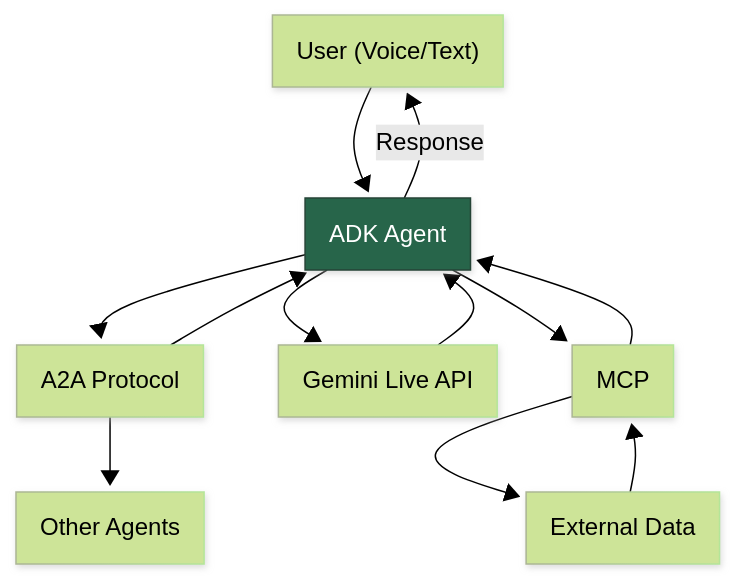
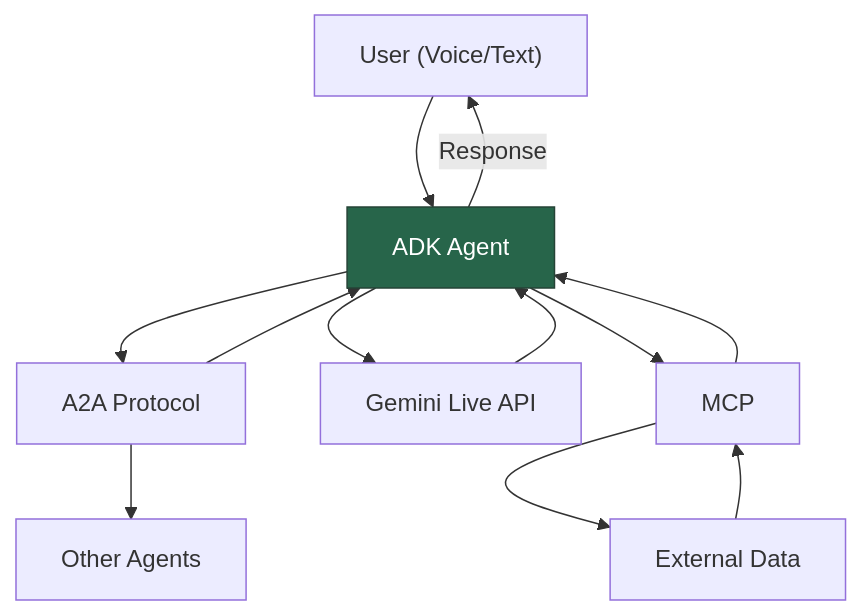
The diagram in docs/aistack.mmd (Bear175761/ADKdiscovery), drawn with Mermaid before and after one commit. The commit also changed 1 other file, not shown here.

```diff
--- a/docs/aistack.mmd
+++ b/docs/aistack.mmd
@@ -1,16 +1,10 @@
----
-config:
-  theme: forest
-  look: neo
-  layout: dagre
----
 flowchart TD
     U["User (Voice/Text)"] --> ADK["ADK Agent"]
     ADK --> A2A["A2A Protocol"] & Gemini["Gemini Live API"] & n1["MCP"]
     A2A --> Agents["Other Agents"] & ADK
     ADK -- Response --> U
     n1 --> ADK & Data["External Data"]
     Data --> n1
     Gemini --> ADK
      ADK:::Pine
     classDef Pine stroke-width:1px, stroke-dasharray:none, stroke:#254336, fill:#27654A, color:#FFFFFF
```
